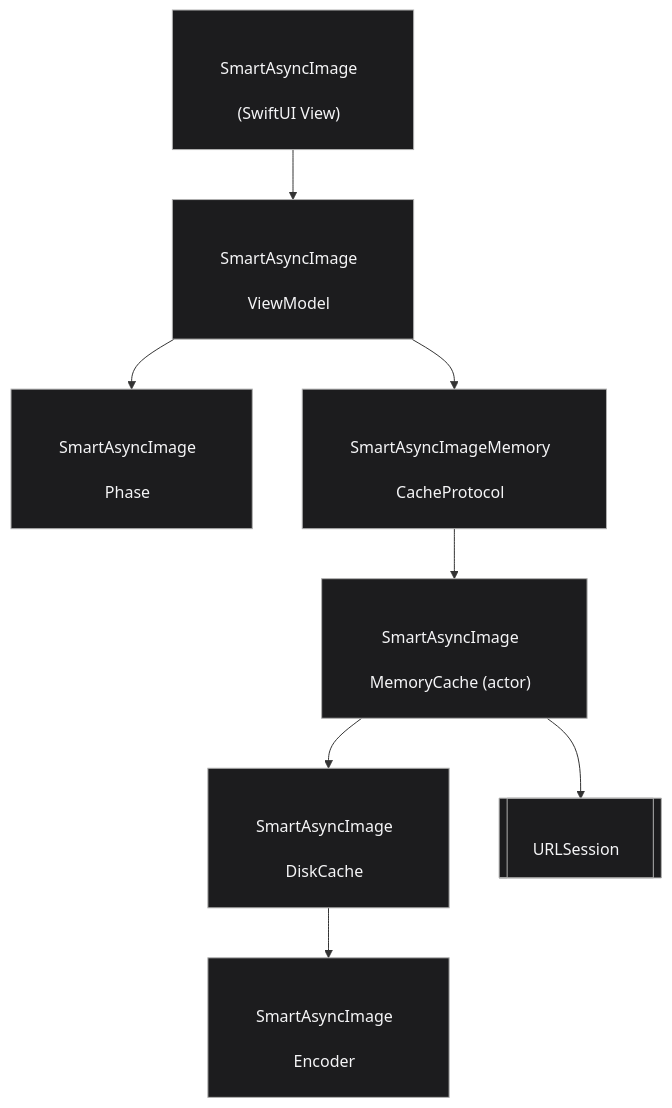
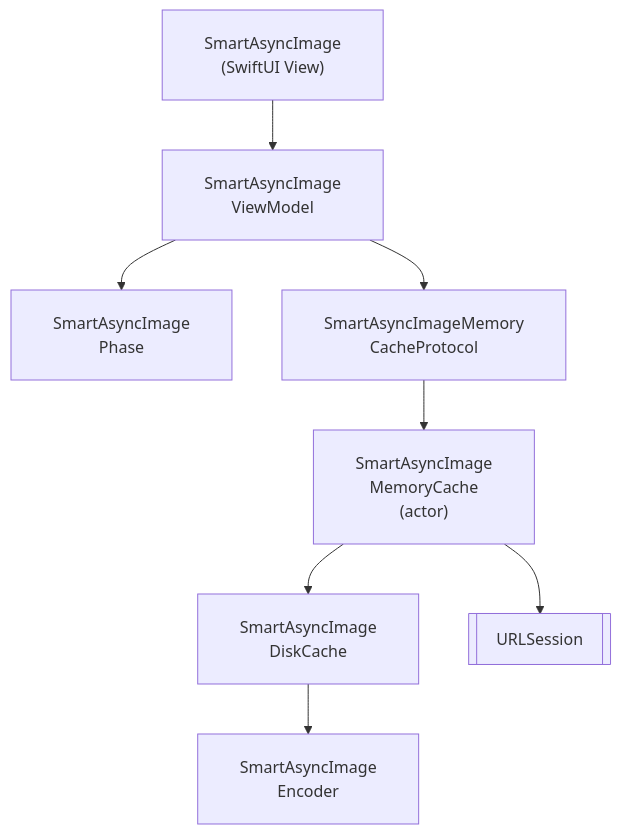
One commit to gentle-giraffe-apps/SmartAsyncImage changed the diagram in README.md. Above: the diagram before and after it, drawn with Mermaid.

Commit message:
to squash

````diff
--- a/README.md
+++ b/README.md
@@ -86,41 +86,10 @@
 ```mermaid
 flowchart TD
-    classDef box fill:#1c1c1e,stroke:#b0b0b0,stroke-width:1px,color:#f5f5f7;
-
-    SAI["<div style='padding:10px 18px; line-height:1.4; white-space:nowrap;'>
-    SmartAsyncImage&nbsp;&nbsp;<br/>
-    (SwiftUI&nbsp;View)&nbsp;&nbsp;
-    </div>"]:::box --> VM["<div style='padding:10px 18px; line-height:1.4; white-space:nowrap;'>
-    SmartAsyncImage&nbsp;&nbsp;<br/>
-    ViewModel&nbsp;&nbsp;
-    </div>"]:::box
-
-    VM --> Phase["<div style='padding:10px 18px; line-height:1.4; white-space:nowrap;'>
-    SmartAsyncImage&nbsp;&nbsp;<br/>
-    Phase&nbsp;&nbsp;
-    </div>"]:::box
-
-    VM --> MemProto["<div style='padding:10px 18px; line-height:1.4; white-space:nowrap;'>
-    SmartAsyncImageMemory&nbsp;&nbsp;<br/>
-    CacheProtocol&nbsp;&nbsp;
-    </div>"]:::box
-
-    MemProto --> Mem["<div style='padding:10px 18px; line-height:1.4; white-space:nowrap;'>
-    SmartAsyncImage&nbsp;&nbsp;<br/>
-    MemoryCache&nbsp;(actor)&nbsp;&nbsp;
-    </div>"]:::box
-
-    Mem --> Disk["<div style='padding:10px 18px; line-height:1.4; white-space:nowrap;'>
-    SmartAsyncImage&nbsp;&nbsp;<br/>
-    DiskCache&nbsp;&nbsp;
-    </div>"]:::box
-
-    Disk --> Encoder["<div style='padding:10px 18px; line-height:1.4; white-space:nowrap;'>
-    SmartAsyncImage&nbsp;&nbsp;<br/>
-    Encoder&nbsp;&nbsp;
-    </div>"]:::box
-
-    Mem --> URLSession[["<div style='padding:10px 18px; line-height:1.4; white-space:nowrap;'>
-    URLSession&nbsp;&nbsp;
-    </div>"]]:::box
+    SAI["<div style='padding:6px 12px; white-space:nowrap;'>SmartAsyncImage <br/>(SwiftUI View)</div>"] --> VM["<div style='padding:6px 12px; white-space:nowrap;'>SmartAsyncImage <br/>ViewModel</div>"]
+    VM --> Phase["<div style='padding:6px 12px; white-space:nowrap;'>SmartAsyncImage <br/>Phase</div>"]
+    VM --> MemProto["<div style='padding:6px 12px; white-space:nowrap;'>SmartAsyncImageMemory <br/>CacheProtocol</div>"]
+    MemProto --> Mem["<div style='padding:6px 12px; white-space:nowrap;'>SmartAsyncImage <br/>MemoryCache<br/>(actor)</div>"]
+    Mem --> Disk["<div style='padding:6px 12px; white-space:nowrap;'>SmartAsyncImage <br/>DiskCache</div>"]
+    Disk --> Encoder["<div style='padding:6px 12px; white-space:nowrap;'>SmartAsyncImage <br/>Encoder</div>"]
+    Mem --> URLSession[["<div style='padding:6px 12px; white-space:nowrap;'>URLSession </div>"]]
 ```
````
